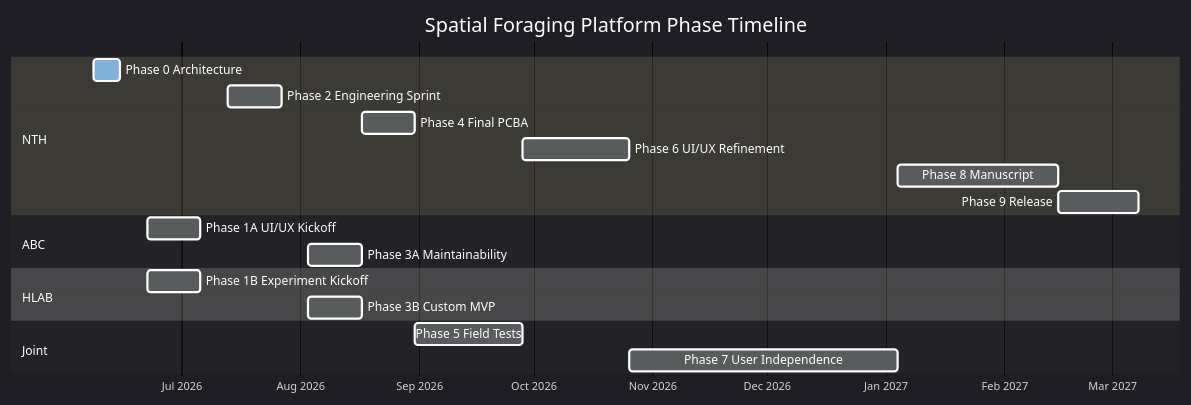
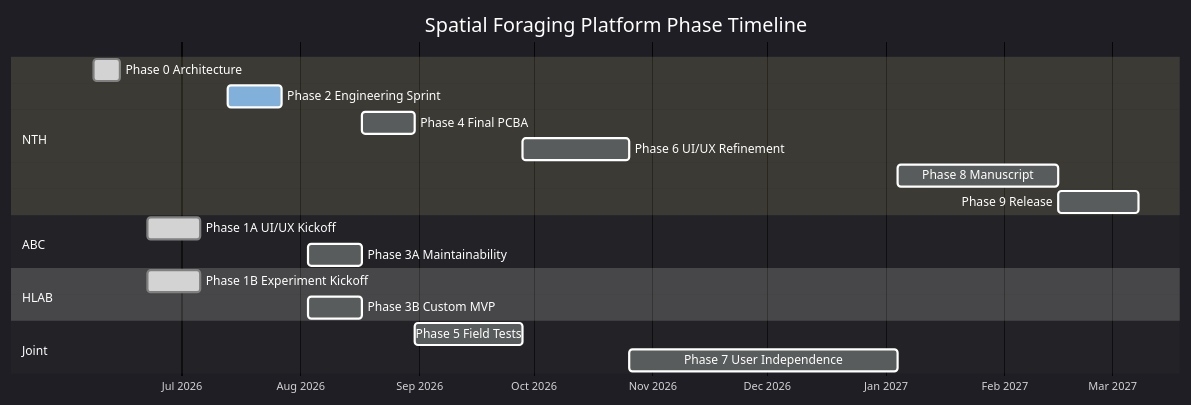
The diagram in PROJECT.md (Neurotech-Hub/SpatialForagingPlatform-ProjectManager), drawn with Mermaid before and after one commit. The commit also changed other lines of this file and 6 other files, not shown here.

````diff
--- a/PROJECT.md
+++ b/PROJECT.md
@@ -41,27 +42,27 @@
 ```mermaid
 %%{init: {'theme': 'dark', 'themeVariables': {'textColor': '#ffffff', 'titleColor': '#ffffff', 'taskTextColor': '#ffffff', 'taskTextLightColor': '#ffffff', 'taskTextDarkColor': '#ffffff', 'taskTextOutsideColor': '#ffffff'}} }%%
 gantt
   title Spatial Foraging Platform Phase Timeline
   dateFormat YYYY-MM-DD
   axisFormat %b %Y
 
   section NTH
-  Phase 0 Architecture        :active, p0, 2026-06-08, 7d
-  Phase 2 Engineering Sprint  :p2, 2026-07-13, 14d
+  Phase 0 Architecture        :done, p0, 2026-06-08, 7d
+  Phase 2 Engineering Sprint  :active, p2, 2026-07-13, 14d
   Phase 4 Final PCBA          :p4, 2026-08-17, 14d
   Phase 6 UI/UX Refinement    :p6, 2026-09-28, 28d
   Phase 8 Manuscript          :p8, 2027-01-04, 42d
   Phase 9 Release             :p9, 2027-02-15, 21d
 
   section ABC
-  Phase 1A UI/UX Kickoff      :p1a, 2026-06-22, 14d
+  Phase 1A UI/UX Kickoff      :done, p1a, 2026-06-22, 14d
   Phase 3A Maintainability    :p3a, 2026-08-03, 14d
 
   section HLAB
-  Phase 1B Experiment Kickoff :p1b, 2026-06-22, 14d
+  Phase 1B Experiment Kickoff :done, p1b, 2026-06-22, 14d
   Phase 3B Custom MVP         :p3b, 2026-08-03, 14d
 
   section Joint
   Phase 5 Field Tests         :p5, 2026-08-31, 28d
   Phase 7 User Independence   :p7, 2026-10-26, 70d
 ```
````
